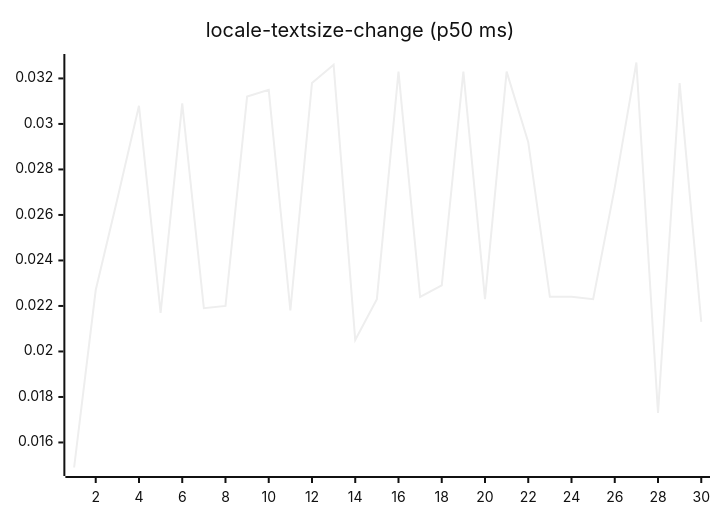
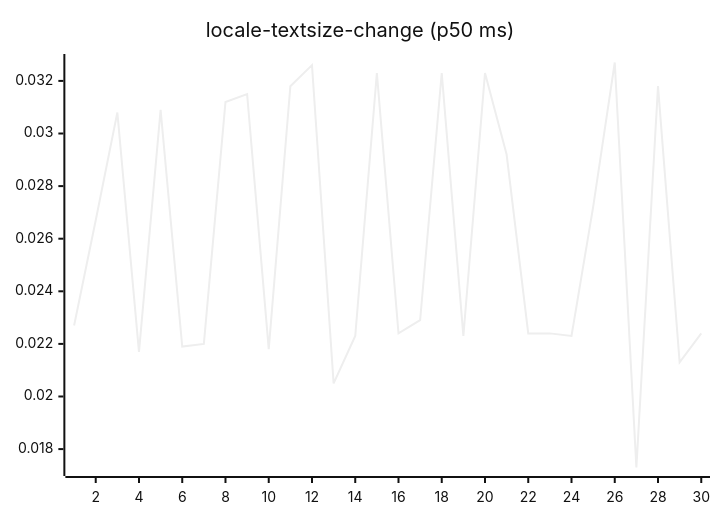
One commit to josha/Facet changed diagram 13 of 27 in README.md. Above: the diagram before and after it, drawn with Mermaid (neutral theme). The commit also changed other lines of this file and 2 other files, not shown here.

````diff
--- a/README.md
+++ b/README.md
@@ -147,6 +147,6 @@
 ```mermaid
 xychart-beta
     title "locale-textsize-change (p50 ms)"
     x-axis 1 --> 30
-    line [0.0149, 0.0227, 0.0267, 0.0308, 0.0217, 0.0309, 0.0219, 0.0220, 0.0312, 0.0315, 0.0218, 0.0318, 0.0326, 0.0205, 0.0223, 0.0323, 0.0224, 0.0229, 0.0323, 0.0223, 0.0323, 0.0292, 0.0224, 0.0224, 0.0223, 0.0272, 0.0327, 0.0173, 0.0318, 0.0213]
+    line [0.0227, 0.0267, 0.0308, 0.0217, 0.0309, 0.0219, 0.0220, 0.0312, 0.0315, 0.0218, 0.0318, 0.0326, 0.0205, 0.0223, 0.0323, 0.0224, 0.0229, 0.0323, 0.0223, 0.0323, 0.0292, 0.0224, 0.0224, 0.0223, 0.0272, 0.0327, 0.0173, 0.0318, 0.0213, 0.0224]
 ```
````
